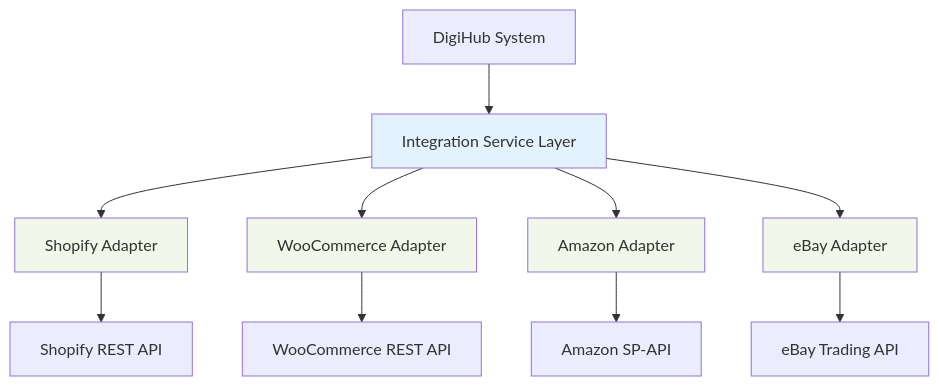
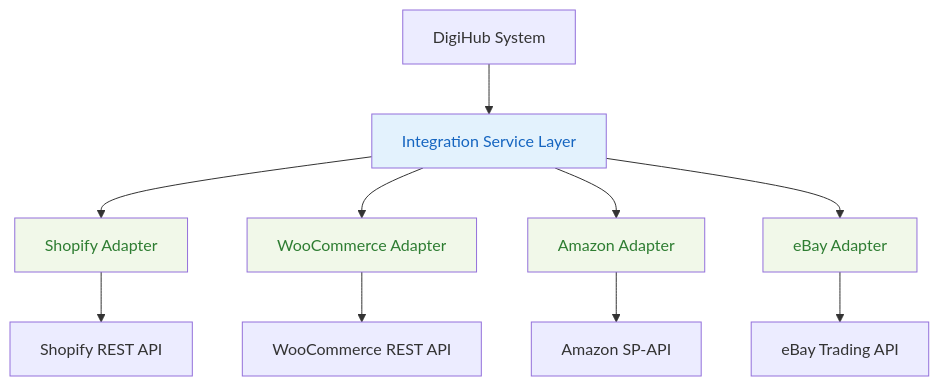
One commit to sandeepkumar0801/Digihub changed the fourth of 44 diagrams in README.md. Above: the diagram before and after it, drawn with Mermaid. The commit also changed other lines of this file, not shown here.

Commit message:
fix color in diagrams

````diff
--- a/README.md
+++ b/README.md
@@ -718,19 +718,19 @@
 ```mermaid
 graph TD
     A[DigiHub System] --> B[Integration Service Layer]
     B --> C[Shopify Adapter]
     B --> D[WooCommerce Adapter]
     B --> E[Amazon Adapter]
     B --> F[eBay Adapter]
 
     C --> G[Shopify REST API]
     D --> H[WooCommerce REST API]
     E --> I[Amazon SP-API]
     F --> J[eBay Trading API]
 
-    style B fill:#e3f2fd
-    style C fill:#f1f8e9
-    style D fill:#f1f8e9
-    style E fill:#f1f8e9
-    style F fill:#f1f8e9
+    style B fill:#e3f2fd,color:#1565c0
+    style C fill:#f1f8e9,color:#2e7d32
+    style D fill:#f1f8e9,color:#2e7d32
+    style E fill:#f1f8e9,color:#2e7d32
+    style F fill:#f1f8e9,color:#2e7d32
 ```
````
